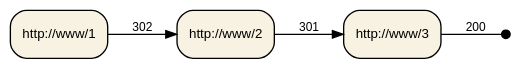
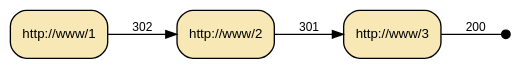
Before and after one commit to dekellum/iudex: the diagram in www/_dot/redirect_sample.dot, drawn with Graphviz. The commit also changed 10 other files, not shown here.

```diff
--- a/www/_dot/redirect_sample.dot
+++ b/www/_dot/redirect_sample.dot
@@ -1,15 +1,15 @@
 digraph "iudex-gems" {
   rankdir=LR;
   bgcolor="transparent";
   edge [ arrowsize=0.80, fontname=Arial, fontsize=9 ];
-  node [ shape=box, style="filled,rounded", fillcolor="#f7f2e1", fontsize=10, fontname=Arial ];
+  node [ shape=box, style="filled,rounded", fillcolor="#f7e8b5", fontsize=10, fontname=Arial ];
 
   u1 [ label="http://www/1" ]
   u2 [ label="http://www/2" ]
   u3 [ label="http://www/3" ]
   done [ style=invis ];
 
   u1 -> u2 [ label=302 ];
   u2 -> u3 [ label=301 ];
   u3 -> done [ label=200, arrowhead=dot ];
 }
```
